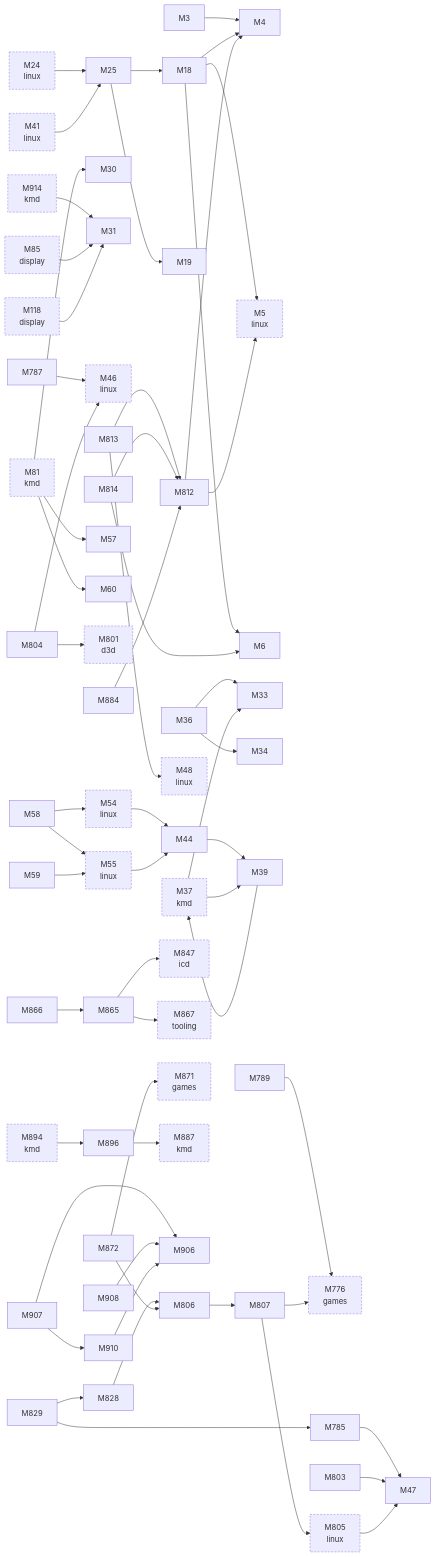
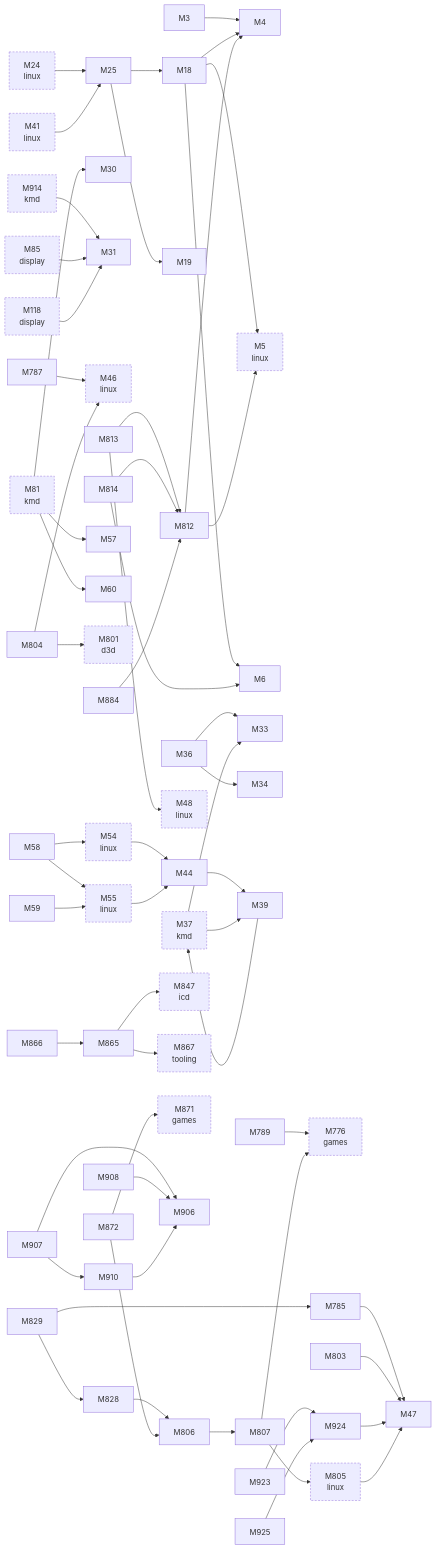
The second of 3 diagrams in docs/facts/graphs/hardware.md (D-Ogi/amdgpu-wddm), drawn with Mermaid before and after one commit. The commit also changed other lines of this file and 7 other files, not shown here.

````diff
--- a/docs/facts/graphs/hardware.md
+++ b/docs/facts/graphs/hardware.md
@@ -133,14 +137,14 @@
   M871["M871<br/>games"]
   M872["M872"]
   M884["M884"]
-  M887["M887<br/>kmd"]
-  M894["M894<br/>kmd"]
-  M896["M896"]
   M906["M906"]
   M907["M907"]
   M908["M908"]
   M910["M910"]
   M914["M914<br/>kmd"]
+  M923["M923"]
+  M924["M924"]
+  M925["M925"]
   M3 --> M4
   M18 --> M4
   M18 --> M5
@@ -178,17 +182,18 @@
   M872 --> M806
   M872 --> M871
   M884 --> M812
-  M896 --> M887
   M907 --> M906
   M907 --> M910
   M908 --> M906
   M910 --> M906
+  M923 --> M924
+  M924 --> M47
+  M925 --> M924
   M37 --> M33
   M37 --> M39
   M81 --> M30
   M81 --> M57
   M81 --> M60
-  M894 --> M896
   M914 --> M31
   M85 --> M31
   M118 --> M31
@@ -198,5 +203,5 @@
   M55 --> M44
   M805 --> M47
   classDef other stroke-dasharray:4 3
-  class M5,M24,M37,M41,M46,M48,M54,M55,M81,M85,M118,M776,M801,M805,M847,M867,M871,M887,M894,M914 other
+  class M5,M24,M37,M41,M46,M48,M54,M55,M81,M85,M118,M776,M801,M805,M847,M867,M871,M914 other
 ```
````
